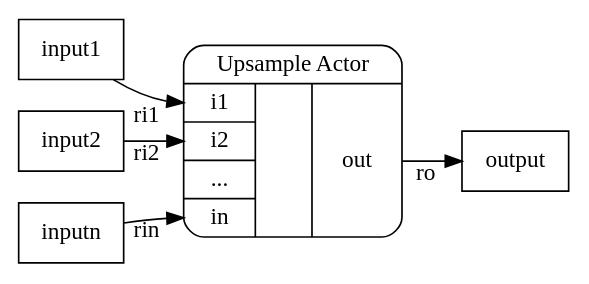
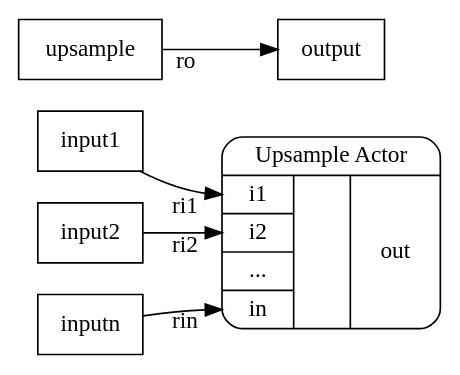
One commit to preesm/spider2 changed the sixth of 6 diagrams in libspider/extras/SpecialActors.md. Above: the diagram before and after it, drawn with Graphviz. The commit also changed other lines of this file and 15 other files, not shown here.

Commit message:
(GRAPH) adding Visitor for graphs. Renamed upsample to repeat.

````diff
--- a/libspider/extras/SpecialActors.md
+++ b/libspider/extras/SpecialActors.md
@@ -124,12 +124,12 @@
 ```graphviz
 digraph structs {
 	node[shape=record]
     rankdir=LR;
-	upsample [label="Upsample Actor|{{<i1> i1|<i2> i2|...|<in> in}||<out> out}" shape=Mrecord];
-	input1 -> upsample:i1[headlabel = "ri1   "];
-	input2 -> upsample:i2[headlabel = "ri2   "];
-	inputn -> upsample:in[headlabel = "rin   "];
+	repeat [label="Upsample Actor|{{<i1> i1|<i2> i2|...|<in> in}||<out> out}" shape=Mrecord];
+	input1 -> repeat:i1[headlabel = "ri1   "];
+	input2 -> repeat:i2[headlabel = "ri2   "];
+	inputn -> repeat:in[headlabel = "rin   "];
     
 	upsample:out -> output[taillabel = "  ro"];
 }
 ```
````
